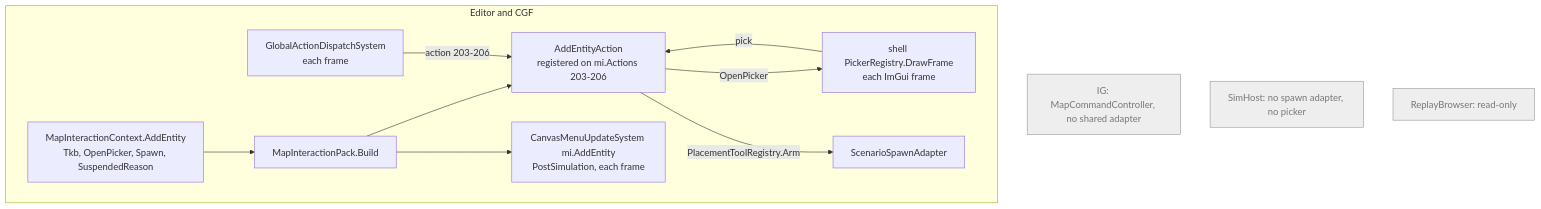
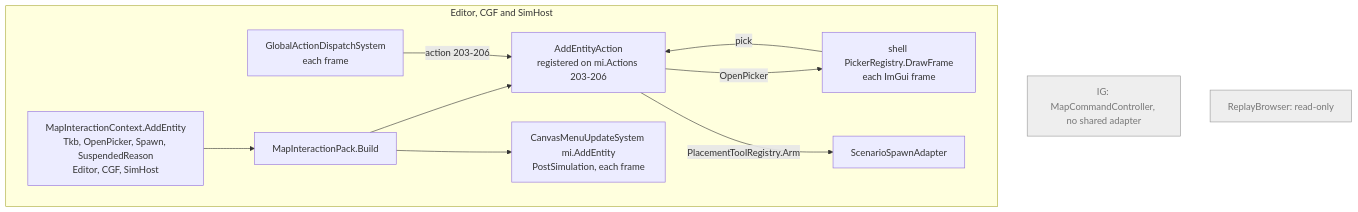
Before and after one commit to pjanec/HROT: the sixth of 6 diagrams in docs/DESIGN_Add_Entity_Picker.md, drawn with Mermaid. The commit also changed other lines of this file and 40 other files, not shown here.

````diff
--- a/docs/DESIGN_Add_Entity_Picker.md
+++ b/docs/DESIGN_Add_Entity_Picker.md
@@ -527,22 +527,21 @@
 ```mermaid
 graph TD
-    subgraph Editor and CGF
-      CTX[MapInteractionContext.AddEntity<br/>Tkb, OpenPicker, Spawn, SuspendedReason]
+    subgraph hosts["Editor, CGF and SimHost"]
+      CTX[MapInteractionContext.AddEntity<br/>Tkb, OpenPicker, Spawn, SuspendedReason<br/>Editor, CGF, SimHost]
       PACK[MapInteractionPack.Build]
       AEA[AddEntityAction<br/>registered on mi.Actions 203-206]
       CMU[CanvasMenuUpdateSystem mi.AddEntity<br/>PostSimulation, each frame]
       DSP[GlobalActionDispatchSystem<br/>each frame]
       PK[shell PickerRegistry.DrawFrame<br/>each ImGui frame]
       SSA[ScenarioSpawnAdapter]
     end
     IG[IG: MapCommandController, no shared adapter]:::dead
-    SH[SimHost: no spawn adapter, no picker]:::dead
     RB[ReplayBrowser: read-only]:::dead
     CTX --> PACK --> AEA
     PACK --> CMU
     DSP -->|action 203-206| AEA
     AEA -->|OpenPicker| PK
     PK -->|pick| AEA
     AEA -->|PlacementToolRegistry.Arm| SSA
     classDef dead fill:#eee,stroke:#999,color:#777
 ```
````
